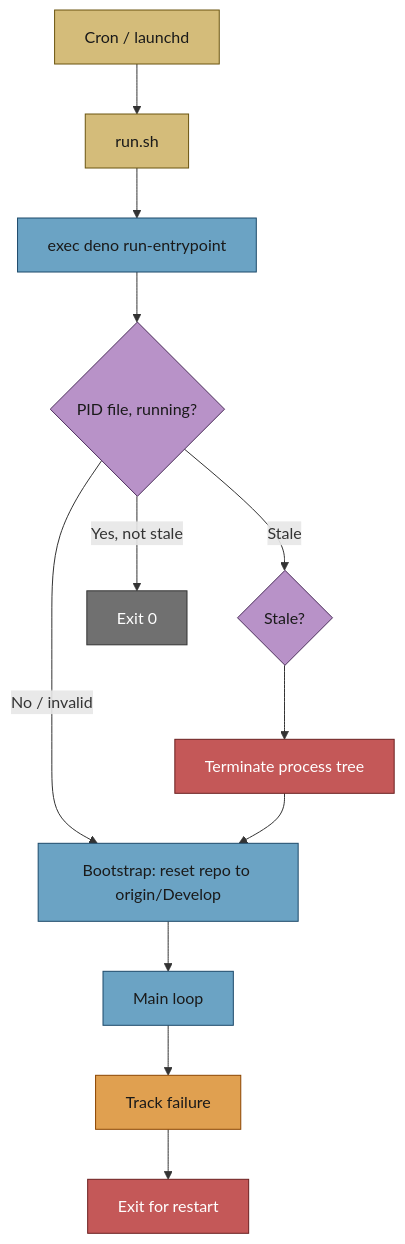
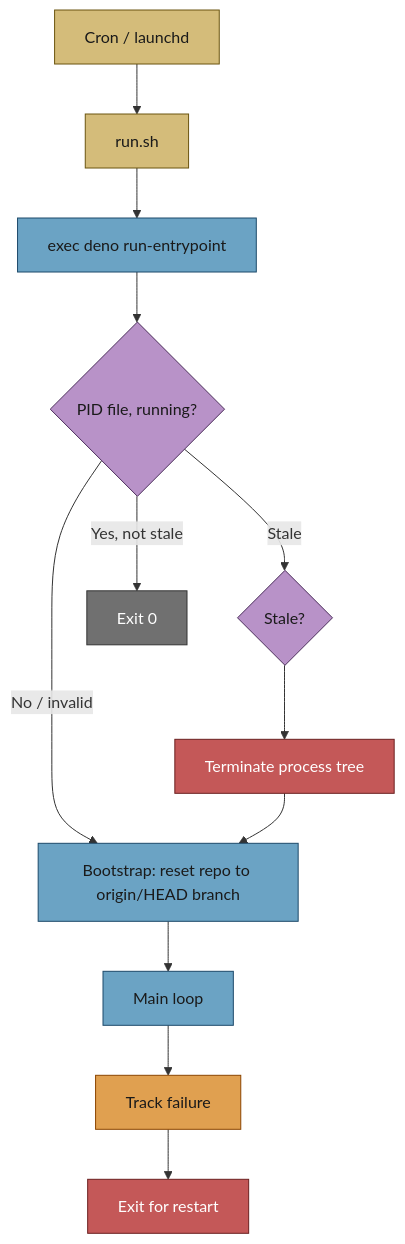
The fourth of 5 diagrams in docs/workflows/resilience-and-concurrency.md (stSoftwareAU/VibeCoder), drawn with Mermaid before and after one commit. The commit also changed other lines of this file and 2 other files, not shown here.

````diff
--- a/docs/workflows/resilience-and-concurrency.md
+++ b/docs/workflows/resilience-and-concurrency.md
@@ -160,36 +160,36 @@
 ```mermaid
 flowchart TD
   Cron["Cron / launchd"]
   Run["run.sh"]
   PidCheck{PID file, running?}
   Stale{Stale?}
   Kill["Terminate process tree"]
   Exec["exec deno run-entrypoint"]
   Exit0["Exit 0"]
-  Reset["Bootstrap: reset repo to origin/Develop"]
+  Reset["Bootstrap: reset repo to origin/HEAD branch"]
   Loop["Main loop"]
   Fail["Track failure"]
   ExitFail["Exit for restart"]
   Cron --> Run
   Run --> Exec
   Exec --> PidCheck
   PidCheck -->|Yes, not stale| Exit0
   PidCheck -->|Stale| Stale
   PidCheck -->|No / invalid| Reset
   Stale --> Kill
   Kill --> Reset
   Reset --> Loop
   Loop --> Fail
   Fail --> ExitFail
   style Cron fill:#d4bc7a,stroke:#6b5510,color:#1a1a1a
   style Run fill:#d4bc7a,stroke:#6b5510,color:#1a1a1a
   style PidCheck fill:#b892c8,stroke:#4a2d5a,color:#1a1a1a
   style Stale fill:#b892c8,stroke:#4a2d5a,color:#1a1a1a
   style Kill fill:#c45858,stroke:#6b2020,color:#fff
   style Exec fill:#6ba3c4,stroke:#1d4a6a,color:#1a1a1a
   style Exit0 fill:#707070,stroke:#333,color:#fff
   style Reset fill:#6ba3c4,stroke:#1d4a6a,color:#1a1a1a
   style Loop fill:#6ba3c4,stroke:#1d4a6a,color:#1a1a1a
   style Fail fill:#e0a050,stroke:#8b4500,color:#1a1a1a
   style ExitFail fill:#c45858,stroke:#6b2020,color:#fff
 ```
````
